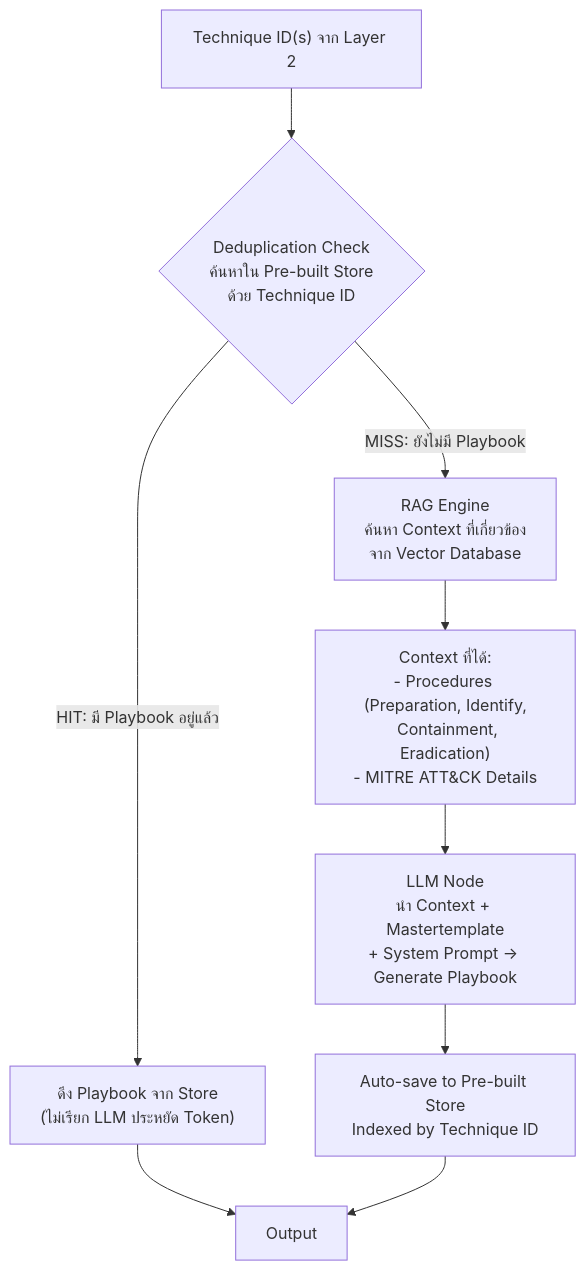
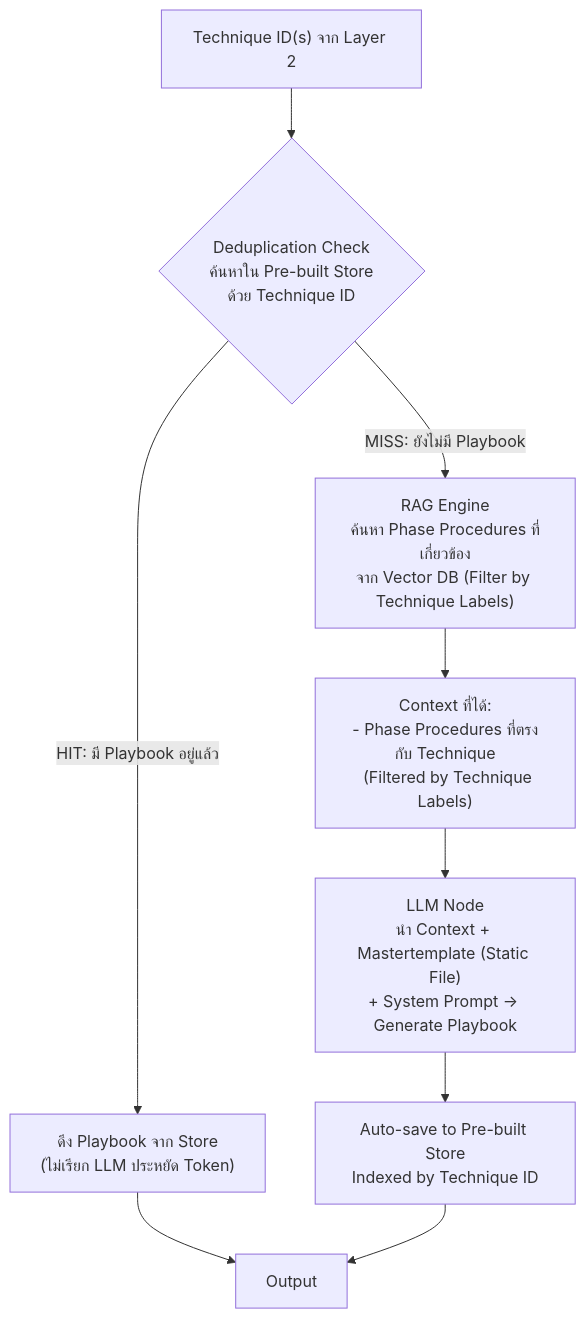
One commit to Chaithawatcer/omnissiah-playbook-workflow changed the fourth of 8 diagrams in architecture.md. Above: the diagram before and after it, drawn with Mermaid. The commit also changed other lines of this file, not shown here.

Commit message:
Update Document Strategy: Mastertemplate as Static File, 5 Phase Docs with Technique Labels in Vector DB

````diff
--- a/architecture.md
+++ b/architecture.md
@@ -71,15 +72,15 @@
 ```mermaid
 graph TD
     tid["Technique ID(s) จาก Layer 2"]
 
     tid --> dedup{"Deduplication Check\nค้นหาใน Pre-built Store\nด้วย Technique ID"}
 
     dedup -- "HIT: มี Playbook อยู่แล้ว" --> fetch["ดึง Playbook จาก Store\n(ไม่เรียก LLM ประหยัด Token)"]
     fetch --> out["Output"]
 
-    dedup -- "MISS: ยังไม่มี Playbook" --> rag["RAG Engine\nค้นหา Context ที่เกี่ยวข้อง\nจาก Vector Database"]
-    rag --> ctx["Context ที่ได้:\n- Procedures (Preparation, Identify,\n  Containment, Eradication)\n- MITRE ATT&CK Details"]
-    ctx --> llm["LLM Node\nนำ Context + Mastertemplate\n+ System Prompt → Generate Playbook"]
+    dedup -- "MISS: ยังไม่มี Playbook" --> rag["RAG Engine\nค้นหา Phase Procedures ที่เกี่ยวข้อง\nจาก Vector DB (Filter by Technique Labels)"]
+    rag --> ctx["Context ที่ได้:\n- Phase Procedures ที่ตรงกับ Technique\n  (Filtered by Technique Labels)"]
+    ctx --> llm["LLM Node\nนำ Context + Mastertemplate (Static File)\n+ System Prompt → Generate Playbook"]
     llm --> save["Auto-save to Pre-built Store\nIndexed by Technique ID"]
     save --> out
 ```
````
